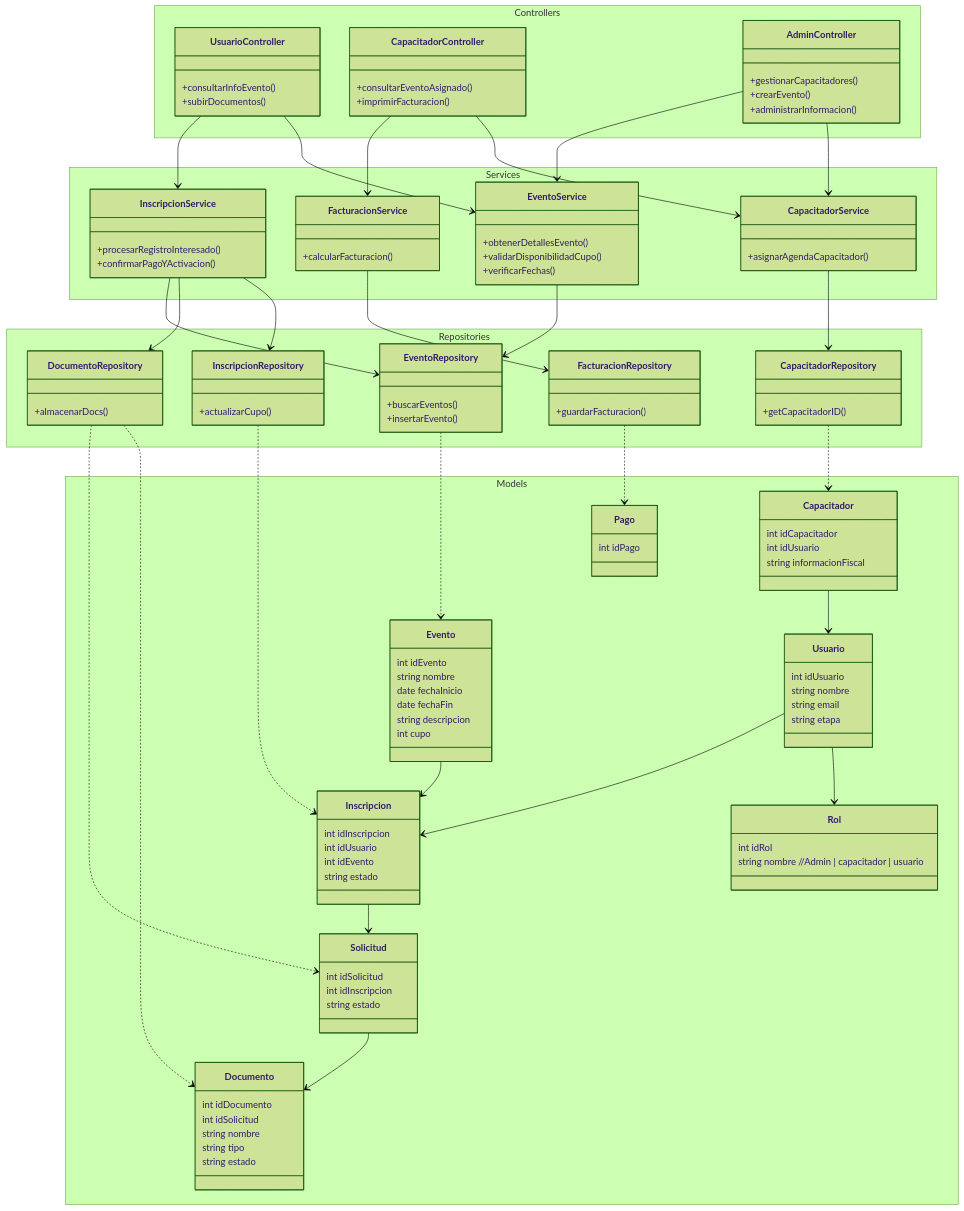
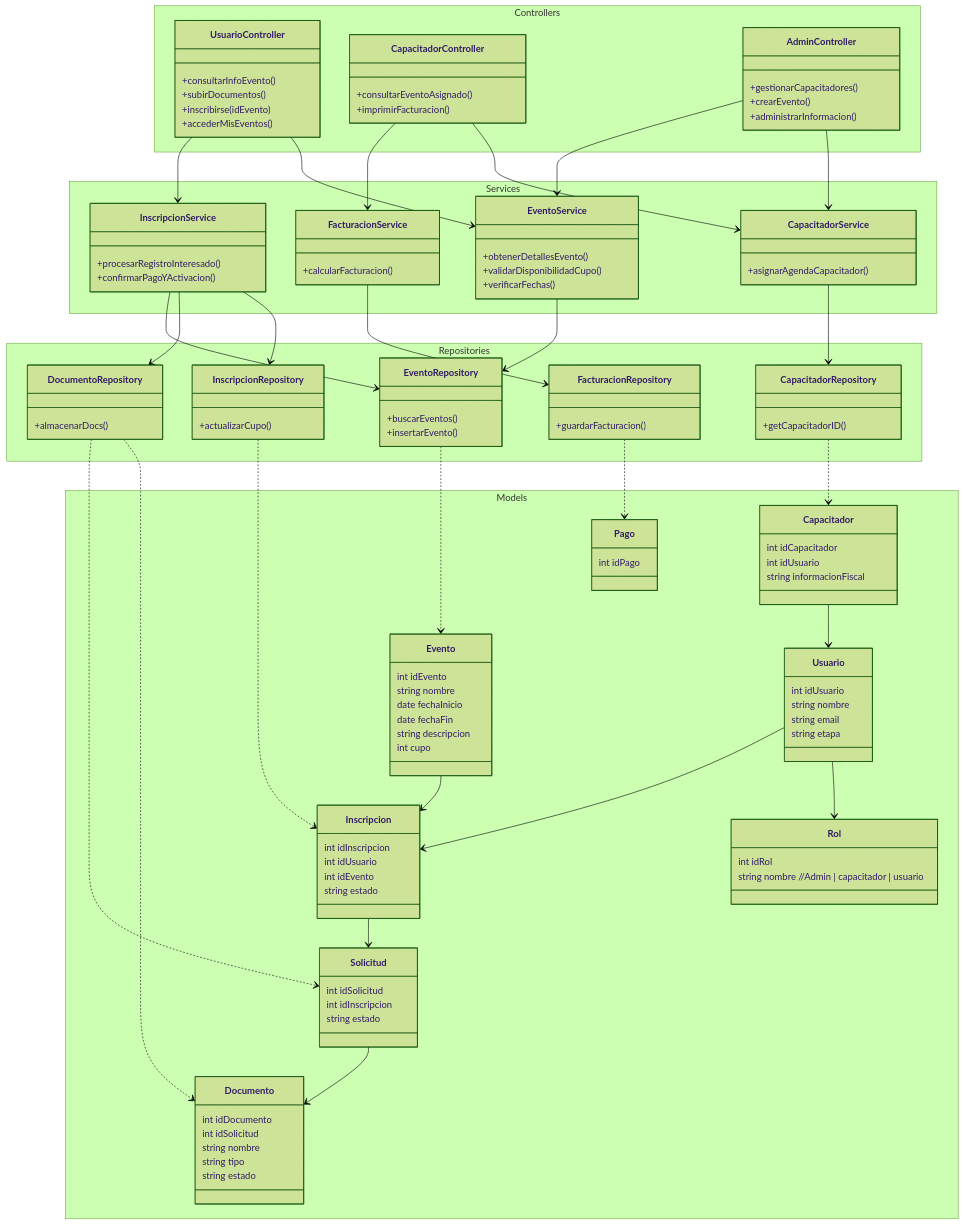
The diagram in Bitácoras/Tello Braulio/Documentación/DiagramaClasesactualizado.md (Killercrod/SoftwareDesign), drawn with Mermaid (forest theme) before and after one commit.

Commit message:
Update UsuarioController methods in class diagram

```diff
--- a/Bitácoras/Tello Braulio/Documentación/DiagramaClasesactualizado.md
+++ b/Bitácoras/Tello Braulio/Documentación/DiagramaClasesactualizado.md
@@ -5,7 +5,8 @@
         class UsuarioController {
             +consultarInfoEvento()
             +subirDocumentos()
-            
+            +inscribirse(idEvento)
+            +accederMisEventos()
         }
         class CapacitadorController {
             +consultarEventoAsignado()
```
